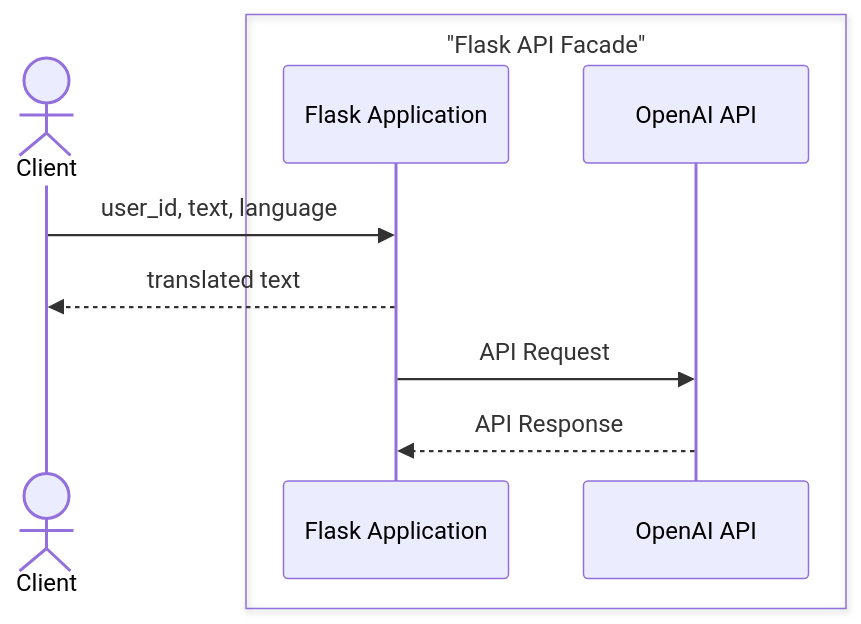
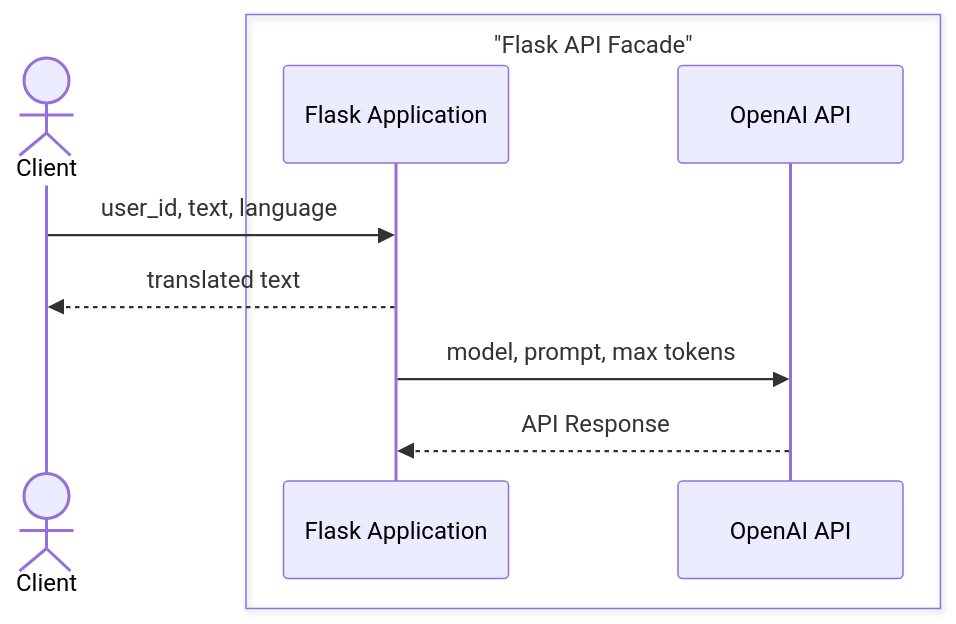
The diagram in Readme.md (mikhail-zvinchuk/FlaskVisualStudio), drawn with Mermaid before and after one commit.

Commit message:
Updates digram annotation

````diff
--- a/Readme.md
+++ b/Readme.md
@@ -25,19 +25,19 @@
 ```mermaid
     sequenceDiagram
         actor Client
 
         box "Flask API Facade"
             participant FlaskApplication as Flask Application
             participant OpenAIAPI as OpenAI API
         end
 
         Client ->> FlaskApplication: user_id, text, language
     
         FlaskApplication -->> Client: translated text
 
-        FlaskApplication ->> OpenAIAPI: API Request
+        FlaskApplication ->> OpenAIAPI: model, prompt, max tokens
 
 
         OpenAIAPI -->> FlaskApplication: API Response
 
 ```
````
